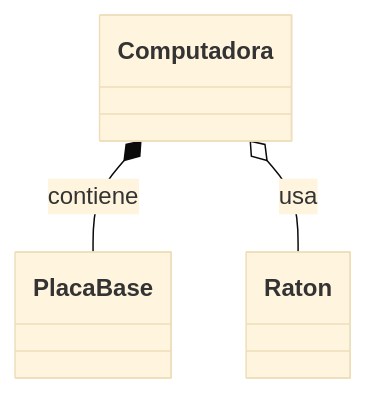
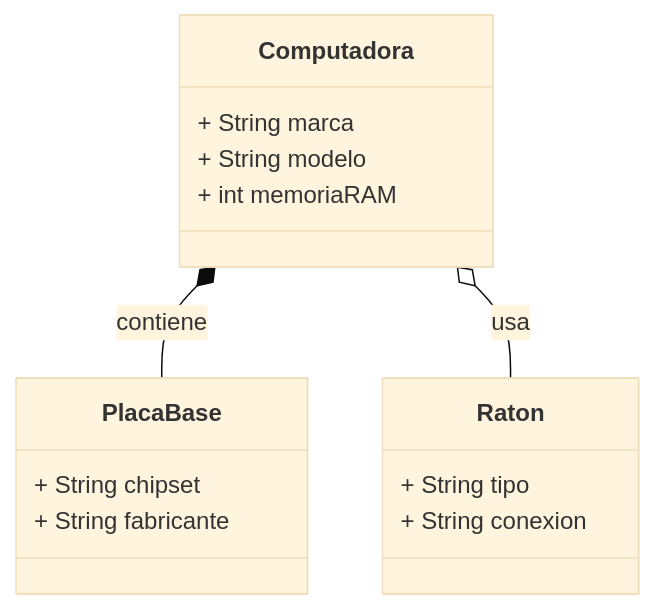
The third of 6 diagrams in README.md (moronlopezalvaro/6.2.Bateria-de-ejercicios), drawn with Mermaid (base theme) before and after one commit. The commit also changed other lines of this file, not shown here.

Commit message:
mas atributos

````diff
--- a/README.md
+++ b/README.md
@@ -32,12 +32,24 @@
 ```mermaid
 classDiagram
-    class Computadora
-    class PlacaBase
-    class Raton
+    class Computadora {
+        + String marca
+        + String modelo
+        + int memoriaRAM
+    }
+
+    class PlacaBase {
+        + String chipset
+        + String fabricante
+    }
+
+    class Raton {
+        + String tipo
+        + String conexion
+    }
 
     %% Composición (vínculo fuerte)
     Computadora *-- PlacaBase : contiene
 
     %% Agregación (vínculo débil)
     Computadora o-- Raton : usa
 ```
````
